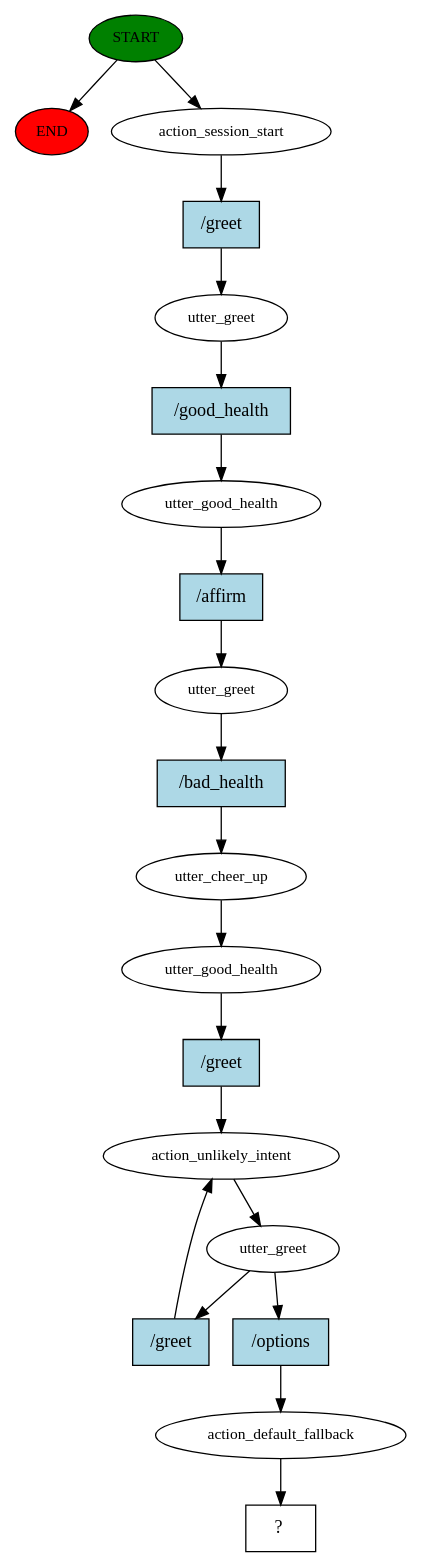
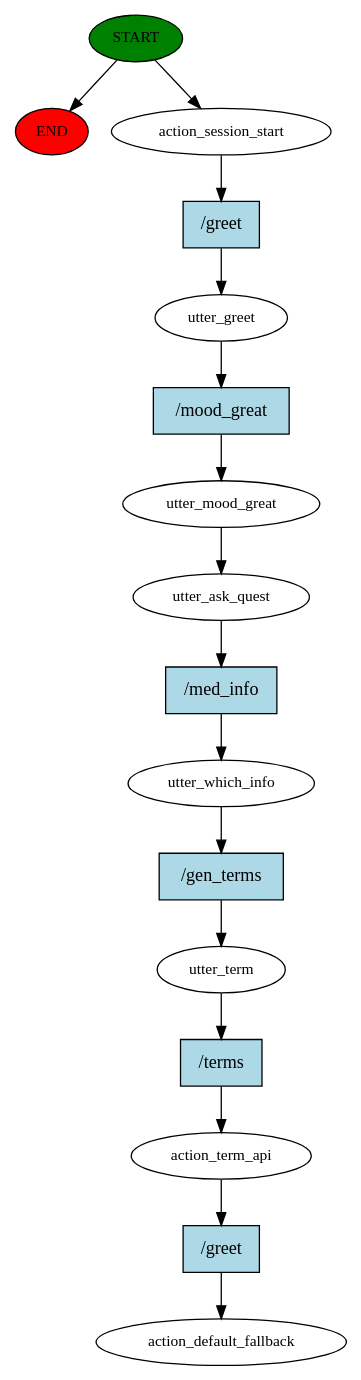
One commit to mebaidoo/Medical-Chatbot-Capstone changed the diagram in story_graph.dot. Above: the diagram before and after it, drawn with Graphviz. The commit also changed 264 other files, not shown here.

```diff
--- a/story_graph.dot
+++ b/story_graph.dot
@@ -1,40 +1,33 @@
 digraph  {
 0 [class="start active", fillcolor=green, fontsize=12, label=START, style=filled];
 "-1" [class=end, fillcolor=red, fontsize=12, label=END, style=filled];
 1 [class=active, fontsize=12, label=action_session_start];
 2 [class=active, fontsize=12, label=utter_greet];
-3 [class=active, fontsize=12, label=utter_good_health];
-4 [class=active, fontsize=12, label=utter_greet];
-5 [class=active, fontsize=12, label=utter_cheer_up];
-6 [class=active, fontsize=12, label=utter_good_health];
-7 [class=active, fontsize=12, label=action_unlikely_intent];
-8 [class=active, fontsize=12, label=utter_greet];
-13 [class=active, fontsize=12, label=action_default_fallback];
-14 [class="intent dashed active", label="  ?  ", shape=rect];
-15 [class="intent active", fillcolor=lightblue, label="/greet", shape=rect, style=filled];
-16 [class="intent active", fillcolor=lightblue, label="/good_health", shape=rect, style=filled];
-17 [class="intent active", fillcolor=lightblue, label="/affirm", shape=rect, style=filled];
-18 [class="intent active", fillcolor=lightblue, label="/bad_health", shape=rect, style=filled];
-19 [class="intent active", fillcolor=lightblue, label="/greet", shape=rect, style=filled];
-20 [class="intent active", fillcolor=lightblue, label="/greet", shape=rect, style=filled];
-21 [class="intent active", fillcolor=lightblue, label="/options", shape=rect, style=filled];
+3 [class=active, fontsize=12, label=utter_mood_great];
+4 [class=active, fontsize=12, label=utter_ask_quest];
+5 [class=active, fontsize=12, label=utter_which_info];
+6 [class=active, fontsize=12, label=utter_term];
+7 [class=active, fontsize=12, label=action_term_api];
+8 [class="dashed active", fontsize=12, label=action_default_fallback];
+9 [class="intent active", fillcolor=lightblue, label="/greet", shape=rect, style=filled];
+10 [class="intent active", fillcolor=lightblue, label="/mood_great", shape=rect, style=filled];
+11 [class="intent active", fillcolor=lightblue, label="/med_info", shape=rect, style=filled];
+12 [class="intent active", fillcolor=lightblue, label="/gen_terms", shape=rect, style=filled];
+13 [class="intent active", fillcolor=lightblue, label="/terms", shape=rect, style=filled];
+14 [class="intent active", fillcolor=lightblue, label="/greet", shape=rect, style=filled];
 0 -> "-1"  [class="", key=NONE, label=""];
 0 -> 1  [class=active, key=NONE, label=""];
-1 -> 15  [class=active, key=0];
-2 -> 16  [class=active, key=0];
-3 -> 17  [class=active, key=0];
-4 -> 18  [class=active, key=0];
-5 -> 6  [class=active, key=NONE, label=""];
-6 -> 19  [class=active, key=0];
-7 -> 8  [class=active, key=NONE, label=""];
-8 -> 20  [class=active, key=0];
-8 -> 21  [class=active, key=0];
-13 -> 14  [class=active, key=NONE, label=""];
-15 -> 2  [class=active, key=0];
-16 -> 3  [class=active, key=0];
-17 -> 4  [class=active, key=0];
-18 -> 5  [class=active, key=0];
-19 -> 7  [class=active, key=0];
-20 -> 7  [class=active, key=0];
-21 -> 13  [class=active, key=0];
+1 -> 9  [class=active, key=0];
+2 -> 10  [class=active, key=0];
+3 -> 4  [class=active, key=NONE, label=""];
+4 -> 11  [class=active, key=0];
+5 -> 12  [class=active, key=0];
+6 -> 13  [class=active, key=0];
+7 -> 14  [class=active, key=0];
+9 -> 2  [class=active, key=0];
+10 -> 3  [class=active, key=0];
+11 -> 5  [class=active, key=0];
+12 -> 6  [class=active, key=0];
+13 -> 7  [class=active, key=0];
+14 -> 8  [class=active, key=0];
 }
```
